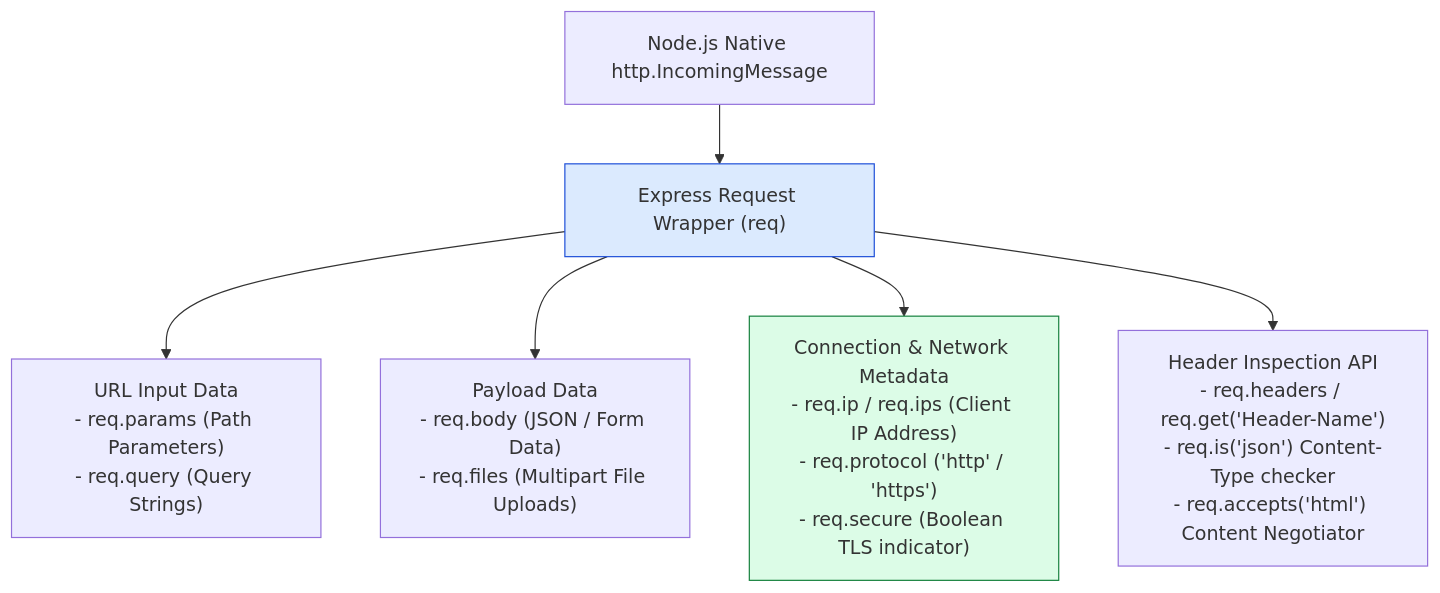
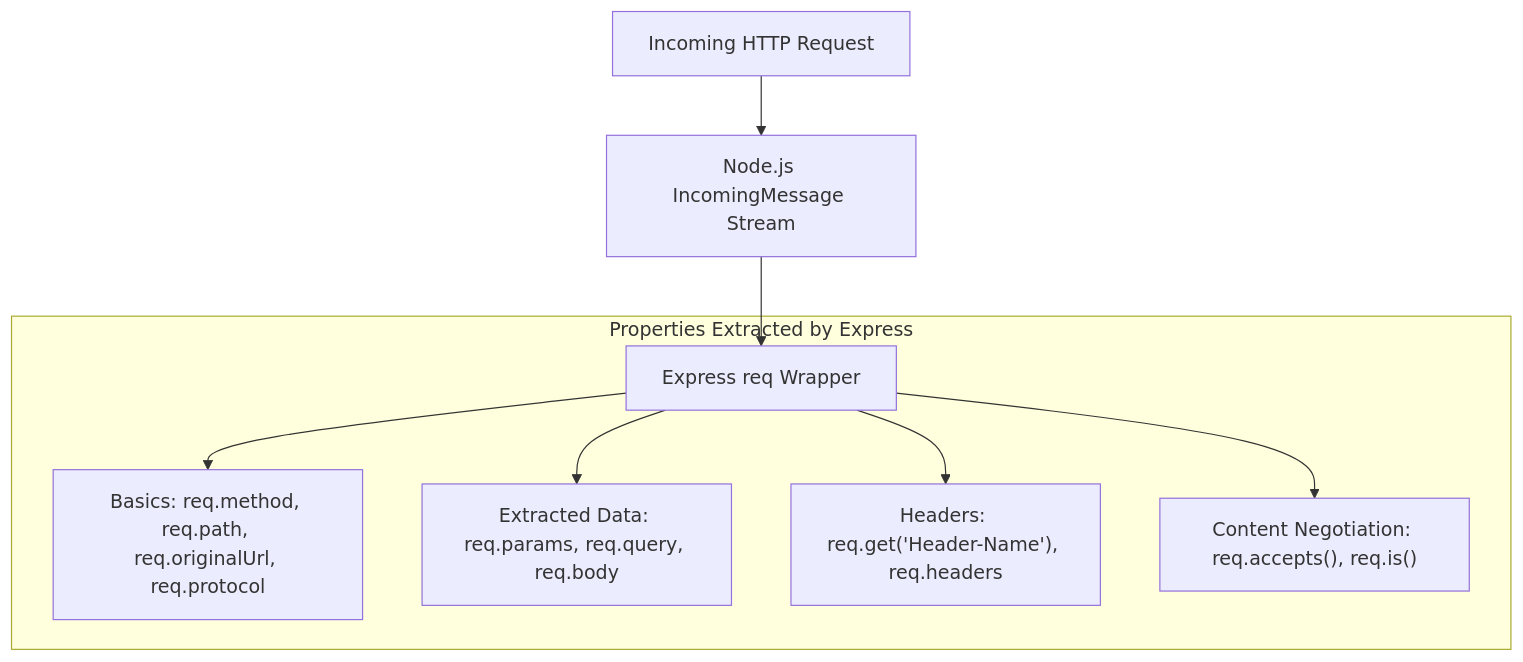
Before and after one commit to Amie-dev/engineering-playbook: the first of 2 diagrams in express-notes/06-request-object.md, drawn with Mermaid. The commit also changed other lines of this file and 26 other files, not shown here.

First line of the commit message:
Refactor middleware pipeline architecture and API gateway design for enhanced clarity and functionality

````diff
--- a/express-notes/06-request-object.md
+++ b/express-notes/06-request-object.md
@@ -13,12 +7,12 @@
 ```mermaid
 flowchart TD
-    NativeReq["Node.js Native http.IncomingMessage"] --> ExpressReq["Express Request Wrapper (req)"]
-
-    ExpressReq --> Parameters["URL Input Data<br/>- req.params (Path Parameters)<br/>- req.query (Query Strings)"]
-    ExpressReq --> BodyData["Payload Data<br/>- req.body (JSON / Form Data)<br/>- req.files (Multipart File Uploads)"]
-    ExpressReq --> Metadata["Connection & Network Metadata<br/>- req.ip / req.ips (Client IP Address)<br/>- req.protocol ('http' / 'https')<br/>- req.secure (Boolean TLS indicator)"]
-    ExpressReq --> HeaderMethods["Header Inspection API<br/>- req.headers / req.get('Header-Name')<br/>- req.is('json') Content-Type checker<br/>- req.accepts('html') Content Negotiator"]
-
-    style ExpressReq fill:#dbeafe,stroke:#1d4ed8
-    style Metadata fill:#dcfce7,stroke:#15803d
+    ClientReq["Incoming HTTP Request"] --> NodeReq["Node.js IncomingMessage Stream"]
+    NodeReq --> ExpressReq["Express req Wrapper"]
+    
+    subgraph Properties Extracted by Express
+        ExpressReq --> Basics["Basics: req.method, req.path, req.originalUrl, req.protocol"]
+        ExpressReq --> Extracted["Extracted Data: req.params, req.query, req.body"]
+        ExpressReq --> Headers["Headers: req.get('Header-Name'), req.headers"]
+        ExpressReq --> Negotation["Content Negotiation: req.accepts(), req.is()"]
+    end
 ```
````
